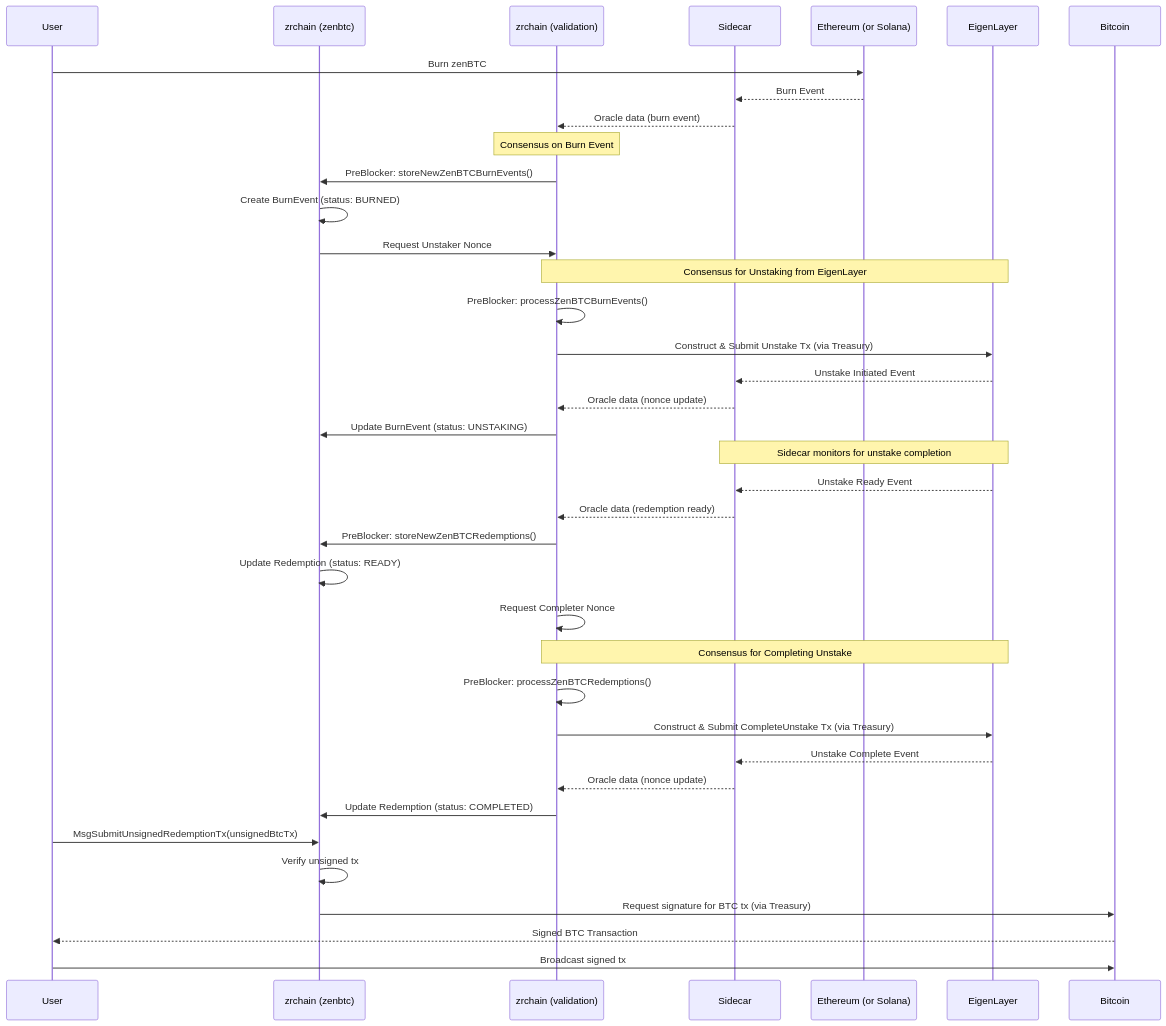
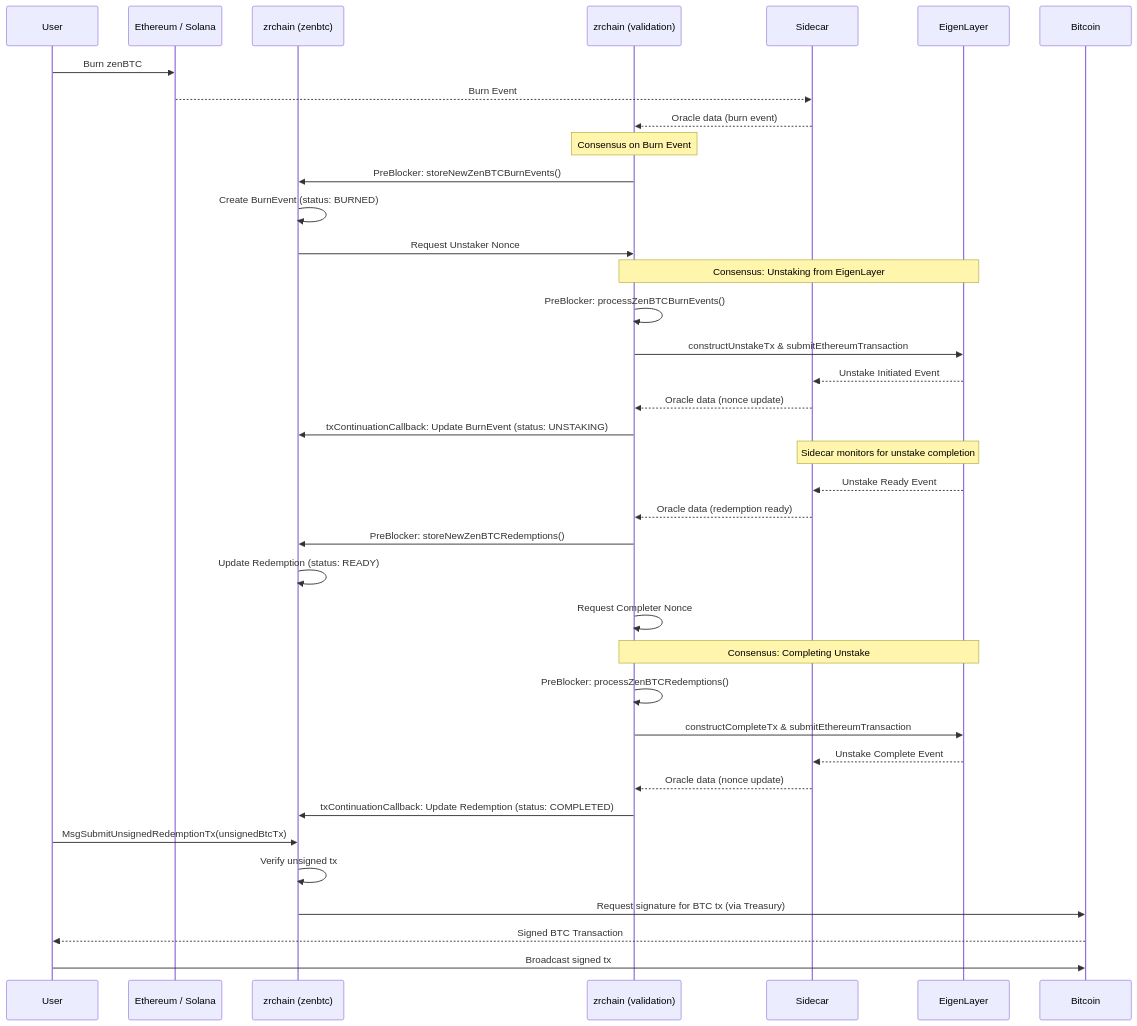
One commit to zenrocklabs/zrchain changed the second of 4 diagrams in docs/README.md. Above: the diagram before and after it, drawn with Mermaid. The commit also changed other lines of this file, not shown here.

````diff
--- a/docs/README.md
+++ b/docs/README.md
@@ -70,47 +64,47 @@
 ```mermaid
 sequenceDiagram
     participant User
+    participant DestinationChain as Ethereum / Solana
     participant zrchain as zrchain (zenbtc)
     participant zrchain_val as zrchain (validation)
     participant Sidecar
-    participant Ethereum as Ethereum (or Solana)
     participant EigenLayer
     participant Bitcoin
 
-    User->>Ethereum: Burn zenBTC
-    Ethereum-->>Sidecar: Burn Event
+    User->>DestinationChain: Burn zenBTC
+    DestinationChain-->>Sidecar: Burn Event
     Sidecar-->>zrchain_val: Oracle data (burn event)
 
     Note over zrchain_val: Consensus on Burn Event
     zrchain_val->>zrchain: PreBlocker: storeNewZenBTCBurnEvents()
     zrchain->>zrchain: Create BurnEvent (status: BURNED)
     zrchain->>zrchain_val: Request Unstaker Nonce
 
-    Note over zrchain_val,EigenLayer: Consensus for Unstaking from EigenLayer
+    Note over zrchain_val,EigenLayer: Consensus: Unstaking from EigenLayer
     zrchain_val->>zrchain_val: PreBlocker: processZenBTCBurnEvents()
-    zrchain_val->>EigenLayer: Construct & Submit Unstake Tx (via Treasury)
+    zrchain_val->>EigenLayer: constructUnstakeTx & submitEthereumTransaction
     EigenLayer-->>Sidecar: Unstake Initiated Event
     Sidecar-->>zrchain_val: Oracle data (nonce update)
-    zrchain_val->>zrchain: Update BurnEvent (status: UNSTAKING)
+    zrchain_val->>zrchain: txContinuationCallback: Update BurnEvent (status: UNSTAKING)
 
     Note over Sidecar,EigenLayer: Sidecar monitors for unstake completion
     EigenLayer-->>Sidecar: Unstake Ready Event
     Sidecar-->>zrchain_val: Oracle data (redemption ready)
 
     zrchain_val->>zrchain: PreBlocker: storeNewZenBTCRedemptions()
     zrchain->>zrchain: Update Redemption (status: READY)
     zrchain_val->>zrchain_val: Request Completer Nonce
 
-    Note over zrchain_val,EigenLayer: Consensus for Completing Unstake
+    Note over zrchain_val,EigenLayer: Consensus: Completing Unstake
     zrchain_val->>zrchain_val: PreBlocker: processZenBTCRedemptions()
-    zrchain_val->>EigenLayer: Construct & Submit CompleteUnstake Tx (via Treasury)
+    zrchain_val->>EigenLayer: constructCompleteTx & submitEthereumTransaction
     EigenLayer-->>Sidecar: Unstake Complete Event
     Sidecar-->>zrchain_val: Oracle data (nonce update)
-    zrchain_val->>zrchain: Update Redemption (status: COMPLETED)
+    zrchain_val->>zrchain: txContinuationCallback: Update Redemption (status: COMPLETED)
 
     User->>zrchain: MsgSubmitUnsignedRedemptionTx(unsignedBtcTx)
     zrchain->>zrchain: Verify unsigned tx
     zrchain->>Bitcoin: Request signature for BTC tx (via Treasury)
     Bitcoin-->>User: Signed BTC Transaction
     User->>Bitcoin: Broadcast signed tx
 ```
````
